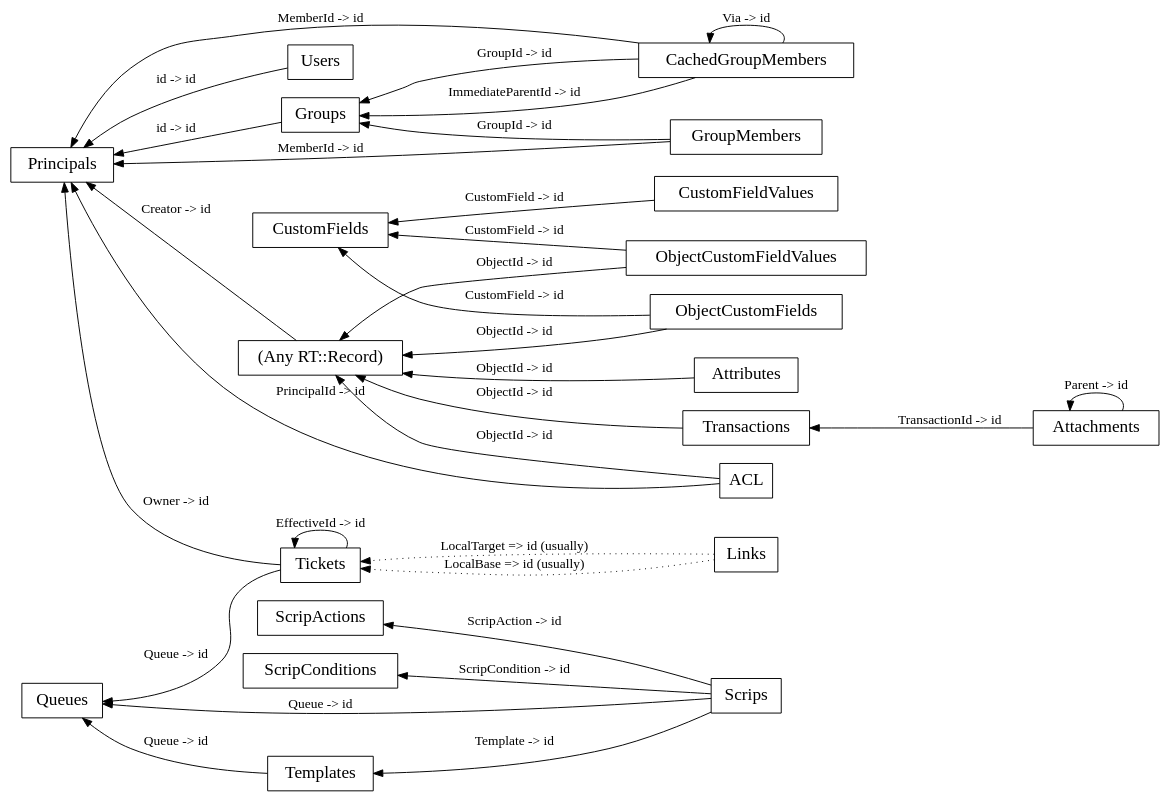
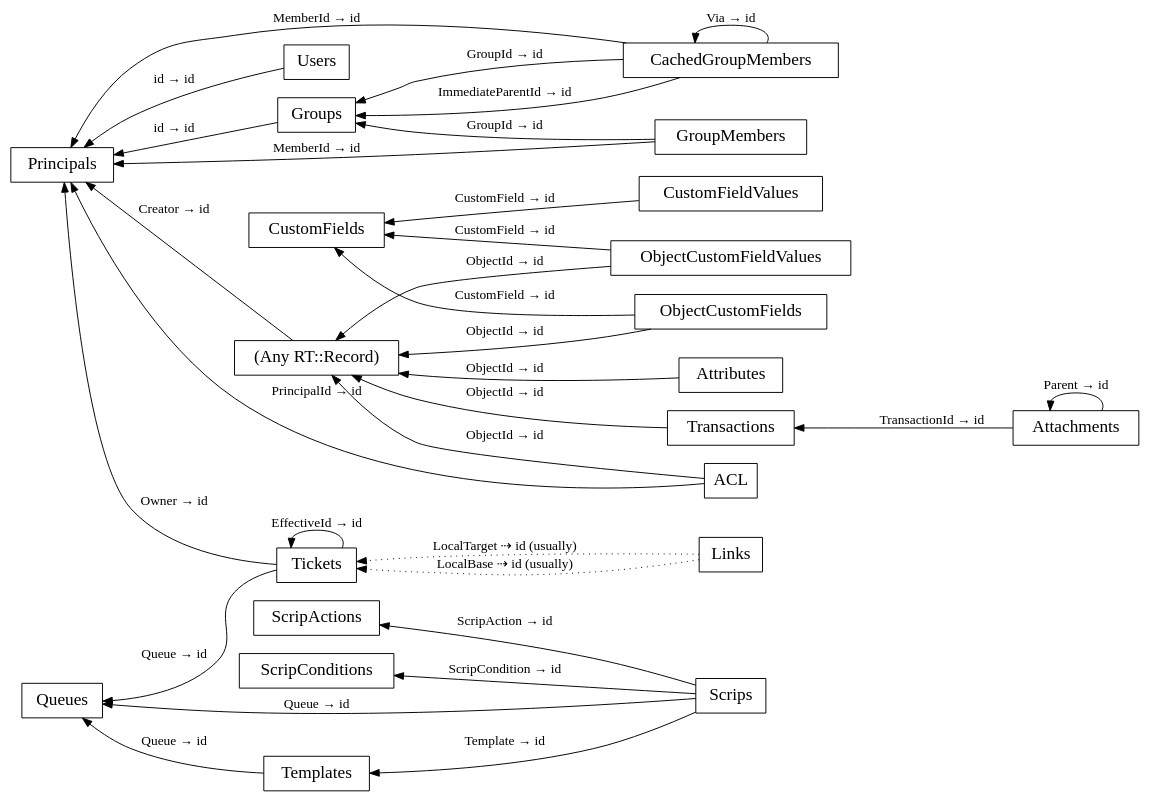
Before and after one commit to bestpractical/rt: the diagram in docs/schema.dot, drawn with Graphviz.

Commit message:
Unicode arrows look much better when rendered from schema.dot
⇢ (dashed right arrow) is used for LocalBase and LocalTarget, while →
(solid right arrow) is used for all other relationships.  The
improvement is especially noticeable in SVG and PNG outputs.

```diff
--- a/docs/schema.dot
+++ b/docs/schema.dot
@@ -1,99 +1,99 @@
 digraph g {
 graph [
 rankdir = "RL",
  concentrate = true,
 ratio = auto
 ];
 node [
 fontsize = "18",
 shape = record, fontsize = 18
 ];
 edge [
 ];
 
 "Records" [shape = record, fontsize = 18, label = "(Any RT::Record)" ];
-"Records" -> "Principals" [label = "Creator -> id"];
+"Records" -> "Principals" [label = "Creator → id"];
 "ACL" [shape = record, fontsize = 18, label = "<col0> \N " ];
-"ACL" -> "Principals" [label="PrincipalId -> id"];
-"ACL" -> "Records" [label="ObjectId -> id"];
+"ACL" -> "Principals" [label="PrincipalId → id"];
+"ACL" -> "Records" [label="ObjectId → id"];
 
 "Attachments" [shape = record, fontsize = 18, label = "<col0> \N " ];
-"Attachments" -> "Transactions" [label="TransactionId -> id"];
-"Attachments" -> "Attachments" [label="Parent -> id"];
+"Attachments" -> "Transactions" [label="TransactionId → id"];
+"Attachments" -> "Attachments" [label="Parent → id"];
 
 "CachedGroupMembers" [shape = record, fontsize = 18, label = "<col0> \N " ];
-"CachedGroupMembers" -> "Groups" [label="GroupId -> id", weight=2];
-"CachedGroupMembers" -> "Principals" [label="MemberId -> id"];
-"CachedGroupMembers" -> "CachedGroupMembers" [label="Via -> id"];
-"CachedGroupMembers" -> "Groups" [label="ImmediateParentId -> id"];
+"CachedGroupMembers" -> "Groups" [label="GroupId → id", weight=2];
+"CachedGroupMembers" -> "Principals" [label="MemberId → id"];
+"CachedGroupMembers" -> "CachedGroupMembers" [label="Via → id"];
+"CachedGroupMembers" -> "Groups" [label="ImmediateParentId → id"];
 
 "CustomFields" [shape = record, fontsize = 18, label = "<col0> \N " ];
 
 "CustomFieldValues" [shape = record, fontsize = 18, label = "<col0> \N " ];
-"CustomFieldValues" -> "CustomFields" [label="CustomField -> id"];
+"CustomFieldValues" -> "CustomFields" [label="CustomField → id"];
 
 "GroupMembers" [shape = record, fontsize = 18, label = "<col0> \N " ];
-"GroupMembers" -> "Groups" [label="GroupId -> id", weight=2];
-"GroupMembers" -> "Principals" [label="MemberId -> id", weight = 2];
+"GroupMembers" -> "Groups" [label="GroupId → id", weight=2];
+"GroupMembers" -> "Principals" [label="MemberId → id", weight = 2];
 
 "Groups" [shape = record, fontsize = 18, label = "<col0> \N " ];
-"Groups" -> "Principals" [label="id -> id"];
+"Groups" -> "Principals" [label="id → id"];
 
 "Links" [shape = record, fontsize = 18, label = "<col0> \N " ];
-"Links" -> "Tickets" [label="LocalBase => id (usually)", style="dotted"];
-"Links" -> "Tickets" [label="LocalTarget => id (usually)", style="dotted"];
+"Links" -> "Tickets" [label="LocalBase ⇢ id (usually)", style="dotted"];
+"Links" -> "Tickets" [label="LocalTarget ⇢ id (usually)", style="dotted"];
 
 "Principals" [shape = record, fontsize = 18, label = "<col0> \N " ];
 
 "Attributes" [shape = record, fontsize = 18, label = "<col0> \N " ];
-"Attributes" -> "Records" [label="ObjectId -> id"];
+"Attributes" -> "Records" [label="ObjectId → id"];
 
 "Queues" [shape = record, fontsize = 18, label = "<col0> \N " ];
 
 "ScripActions" [shape = record, fontsize = 18, label = "<col0> \N " ];
 
 "ScripConditions" [shape = record, fontsize = 18, label = "<col0> \N " ];
 
 "Scrips" [shape = record, fontsize = 18, label = "<col0> \N " ];
-"Scrips" -> "ScripConditions" [label="ScripCondition -> id"];
-"Scrips" -> "ScripActions" [label="ScripAction -> id"];
-"Scrips" -> "Templates" [label="Template -> id"];
-"Scrips" -> "Queues" [label="Queue -> id"];
+"Scrips" -> "ScripConditions" [label="ScripCondition → id"];
+"Scrips" -> "ScripActions" [label="ScripAction → id"];
+"Scrips" -> "Templates" [label="Template → id"];
+"Scrips" -> "Queues" [label="Queue → id"];
 
 "Templates" [shape = record, fontsize = 18, label = "<col0> \N " ];
-"Templates" -> "Queues" [label ="Queue -> id" ];
+"Templates" -> "Queues" [label ="Queue → id" ];
 
 "ObjectCustomFields" [shape = record, fontsize = 18, label = "<col0> \N " ];
-"ObjectCustomFields" -> "CustomFields" [label="CustomField -> id"];
-"ObjectCustomFields" -> "Records" [label="ObjectId -> id"];
+"ObjectCustomFields" -> "CustomFields" [label="CustomField → id"];
+"ObjectCustomFields" -> "Records" [label="ObjectId → id"];
 
 "ObjectCustomFieldValues" [shape = record, fontsize = 18, label = "<col0> \N " ];
-"ObjectCustomFieldValues" -> "CustomFields" [label="CustomField -> id"];
-"ObjectCustomFieldValues" -> "Records" [label="ObjectId -> id"];
+"ObjectCustomFieldValues" -> "CustomFields" [label="CustomField → id"];
+"ObjectCustomFieldValues" -> "Records" [label="ObjectId → id"];
 
 "Tickets" [shape = record, fontsize = 18, label = "<col0> \N " ];
-"Tickets" -> "Tickets" [label="EffectiveId -> id"];
-"Tickets" -> "Principals" [label="Owner -> id"];
+"Tickets" -> "Tickets" [label="EffectiveId → id"];
+"Tickets" -> "Principals" [label="Owner → id"];
 "Queues" -> "Tickets" [style="invis"];
-"Tickets" -> "Queues" [label="Queue -> id"];
+"Tickets" -> "Queues" [label="Queue → id"];
 
 "Transactions" [shape = record, fontsize = 18, label = "<col0> \N " ];
-"Transactions" -> "Records" [label="ObjectId -> id"];
+"Transactions" -> "Records" [label="ObjectId → id"];
 
 "Users" [shape = record, fontsize = 18, label = "<col0> \N " ];
 
-"Users" -> "Principals" [label="id -> id"];
+"Users" -> "Principals" [label="id → id"];
 
 // "Classes" [shape = record, fontsize = 18 label = "<col0> \N " ];
 // "Articles" [shape = record, fontsize = 18 label = "<col0> \N " ];
-// "Articles" -> "Classes" [ label="Class -> id"];
-// "Articles" -> "Articles" [ label="Parent -> id"];
+// "Articles" -> "Classes" [ label="Class → id"];
+// "Articles" -> "Articles" [ label="Parent → id"];
 // "ObjectClasses" [shape = record, fontsize = 18 label = "<col0> \N " ];
-// "ObjectClasses" -> "Records" [label="ObjectId -> id"];
-// "ObjectClasses" -> "Classes" [label="Class -> id"];
+// "ObjectClasses" -> "Records" [label="ObjectId → id"];
+// "ObjectClasses" -> "Classes" [label="Class → id"];
 // "Topics" [shape = record, fontsize = 18 label = "<col0> \N " ];
 // "ObjectTopics" [shape = record, fontsize = 18 label = "<col0> \N " ];
-// "ObjectTopics" -> "Records" [label="ObjectId -> id"];
-// "ObjectTopics" -> "Topics" [label="Topic -> id"];
+// "ObjectTopics" -> "Records" [label="ObjectId → id"];
+// "ObjectTopics" -> "Topics" [label="Topic → id"];
 
 }
```
